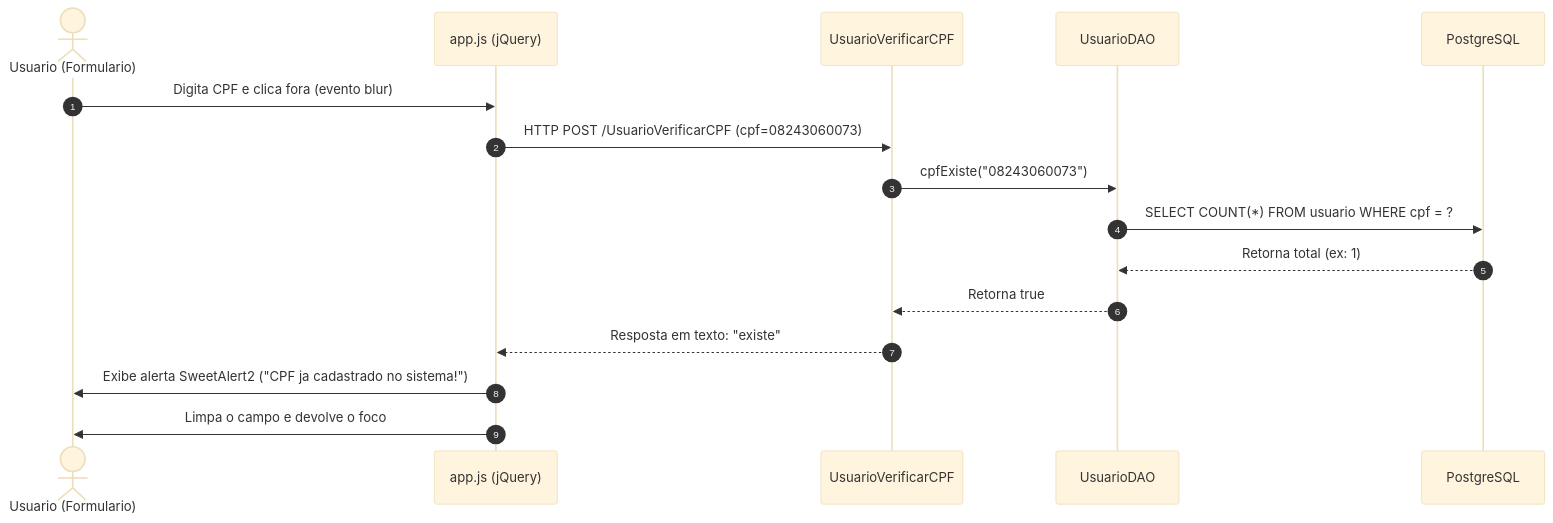
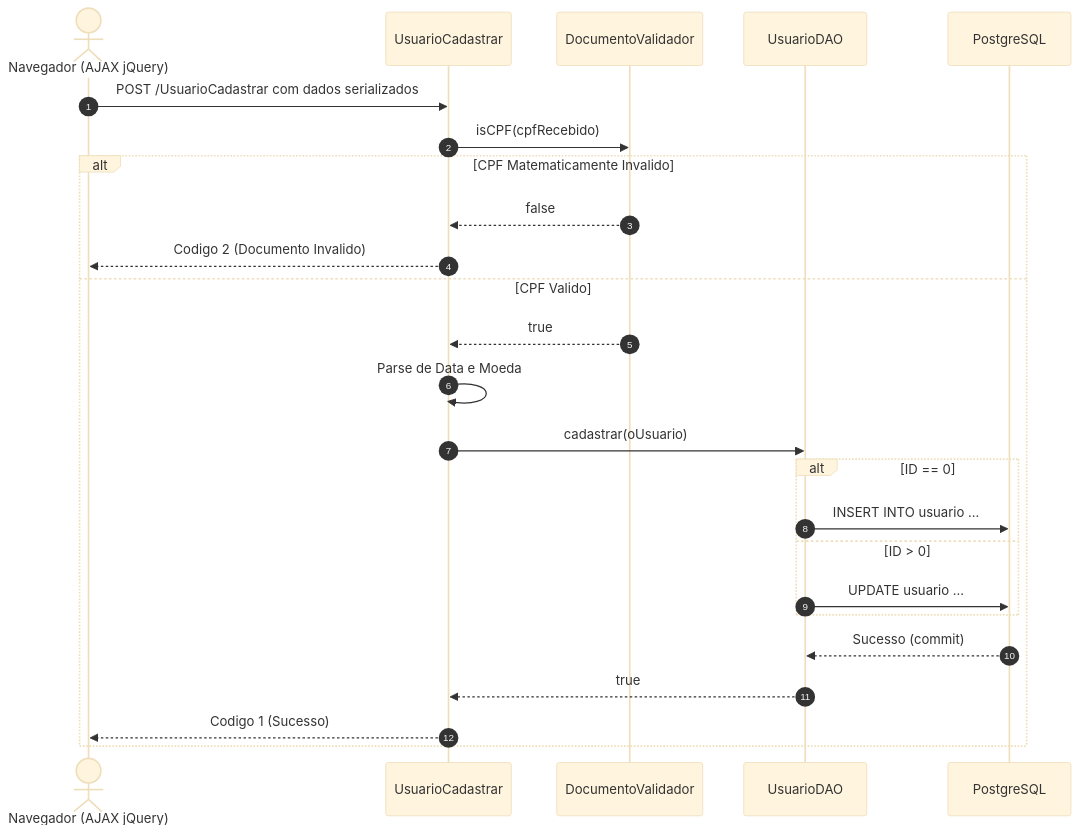
Diagram 18 of 18 in 3º Semestre/[Prof. Jefferson Passerini] Laboratório de Programação III/Resumos-IA/Simulados-Comentados.md (murilolol/unifef), drawn with Mermaid (base theme) before and after one commit. The commit also changed other lines of this file and 40 other files, not shown here.

````diff
--- a/3º Semestre/[Prof. Jefferson Passerini] Laboratório de Programação III/Resumos-IA/Simulados-Comentados.md
+++ b/3º Semestre/[Prof. Jefferson Passerini] Laboratório de Programação III/Resumos-IA/Simulados-Comentados.md
@@ -1343,19 +1199,28 @@
 ```mermaid
 sequenceDiagram
     autonumber
-    actor User as Usuario (Formulario)
-    participant JS as app.js (jQuery)
-    participant Servlet as UsuarioVerificarCPF
+    actor Cliente as Navegador (AJAX jQuery)
+    participant Servlet as UsuarioCadastrar
+    participant Validador as DocumentoValidador
     participant DAO as UsuarioDAO
     participant BD as PostgreSQL
 
-    User->>JS: Digita CPF e clica fora (evento blur)
-    JS->>Servlet: HTTP POST /UsuarioVerificarCPF (cpf=08243060073)
-    Servlet->>DAO: cpfExiste("08243060073")
-    DAO->>BD: SELECT COUNT(*) FROM usuario WHERE cpf = ?
-    BD-->>DAO: Retorna total (ex: 1)
-    DAO-->>Servlet: Retorna true
-    Servlet-->>JS: Resposta em texto: "existe"
-    JS->>User: Exibe alerta SweetAlert2 ("CPF ja cadastrado no sistema!")
-    JS->>User: Limpa o campo e devolve o foco
+    Cliente->>Servlet: POST /UsuarioCadastrar com dados serializados
+    Servlet->>Validador: isCPF(cpfRecebido)
+    alt CPF Matematicamente Invalido
+        Validador-->>Servlet: false
+        Servlet-->>Cliente: Codigo 2 (Documento Invalido)
+    else CPF Valido
+        Validador-->>Servlet: true
+        Servlet->>Servlet: Parse de Data e Moeda
+        Servlet->>DAO: cadastrar(oUsuario)
+        alt ID == 0
+            DAO->>BD: INSERT INTO usuario ...
+        else ID > 0
+            DAO->>BD: UPDATE usuario ...
+        end
+        BD-->>DAO: Sucesso (commit)
+        DAO-->>Servlet: true
+        Servlet-->>Cliente: Codigo 1 (Sucesso)
+    end
 ```
````
